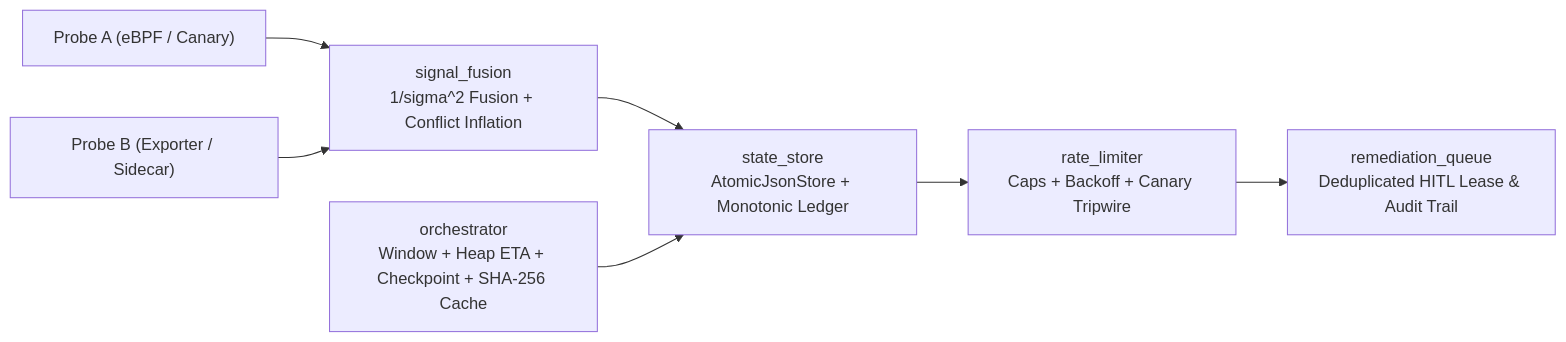
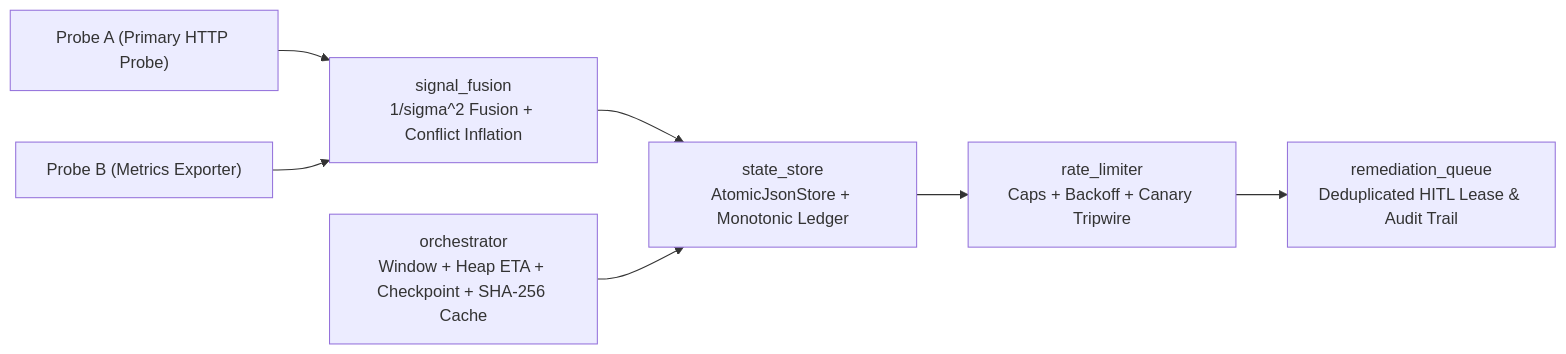
One commit to victormends/resilient-batch-reconciler changed the diagram in README.md. Above: the diagram before and after it, drawn with Mermaid. The commit also changed other lines of this file and 2 other files, not shown here.

Commit message:
Replace eBPF placeholder label with honest HTTP/metrics probes in README

````diff
--- a/README.md
+++ b/README.md
@@ -36,9 +36,9 @@
 ```mermaid
 flowchart LR
-    P1["Probe A (eBPF / Canary)"] --> SF["signal_fusion<br/>1/sigma^2 Fusion + Conflict Inflation"]
-    P2["Probe B (Exporter / Sidecar)"] --> SF
+    P1["Probe A (Primary HTTP Probe)"] --> SF["signal_fusion<br/>1/sigma^2 Fusion + Conflict Inflation"]
+    P2["Probe B (Metrics Exporter)"] --> SF
     SF --> SS["state_store<br/>AtomicJsonStore + Monotonic Ledger"]
     OR["orchestrator<br/>Window + Heap ETA + Checkpoint + SHA-256 Cache"] --> SS
     SS --> RL["rate_limiter<br/>Caps + Backoff + Canary Tripwire"]
     RL --> HQ["remediation_queue<br/>Deduplicated HITL Lease & Audit Trail"]
 ```
````
